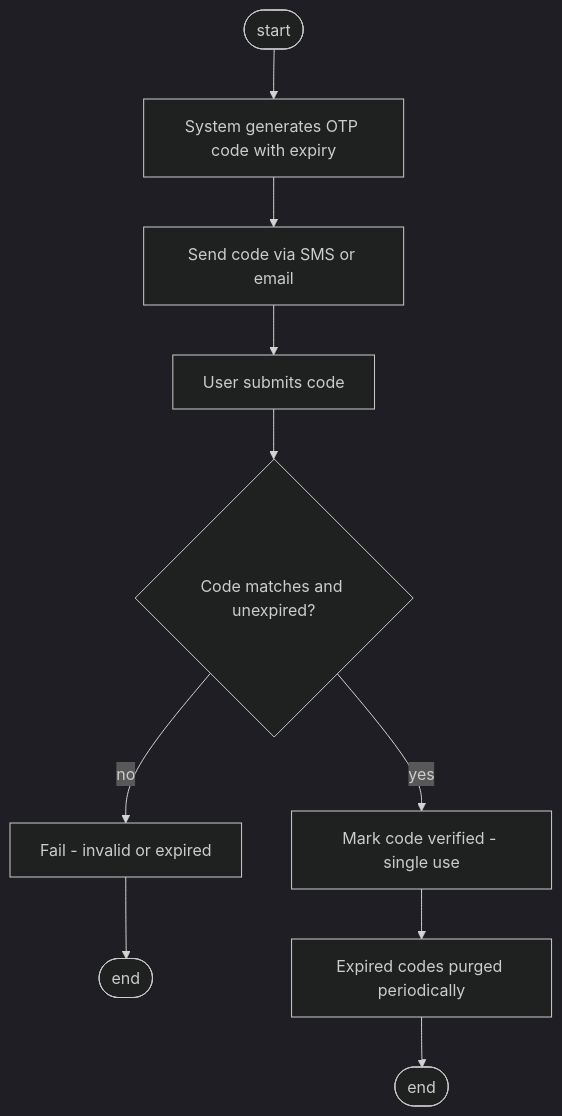
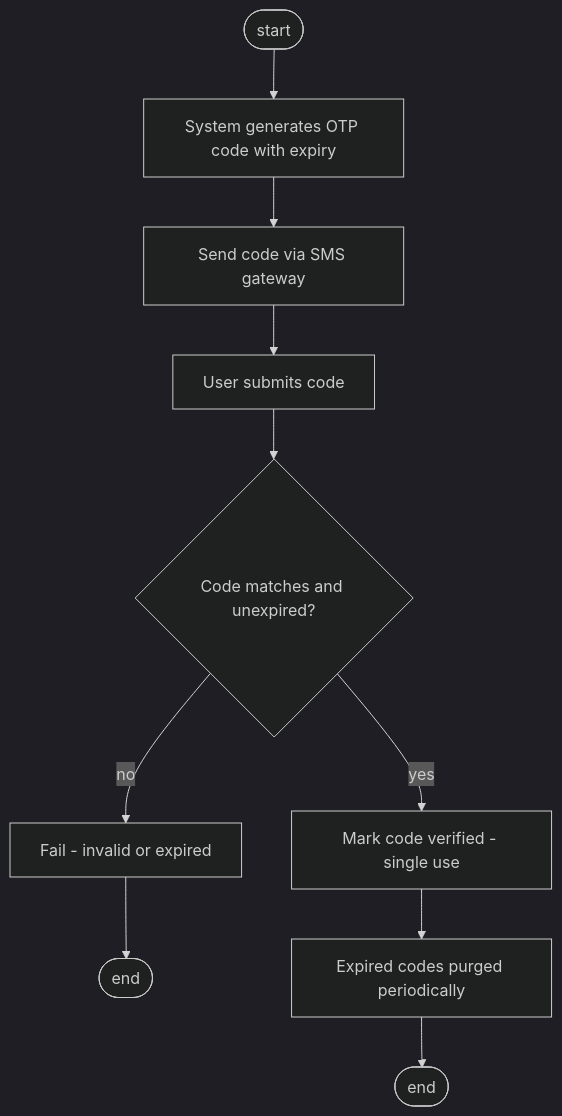
Diagram 11 of 12 in docs/diagrams/04-activity-diagram.md (urlsalimbot/THESIS1-KAPWA), drawn with Mermaid (dark theme) before and after one commit. The commit also changed other lines of this file and 17 other files, not shown here.

````diff
--- a/docs/diagrams/04-activity-diagram.md
+++ b/docs/diagrams/04-activity-diagram.md
@@ -239,12 +239,12 @@
 ```mermaid
 flowchart TD
     A([start]) --> B[System generates OTP code with expiry]
-    B --> C[Send code via SMS or email]
+    B --> C[Send code via SMS gateway]
     C --> D[User submits code]
     D --> E{Code matches and unexpired?}
     E -- no --> F[Fail - invalid or expired]
     F --> Z([end])
     E -- yes --> G[Mark code verified - single use]
     G --> H[Expired codes purged periodically]
     H --> I([end])
 ```
````
